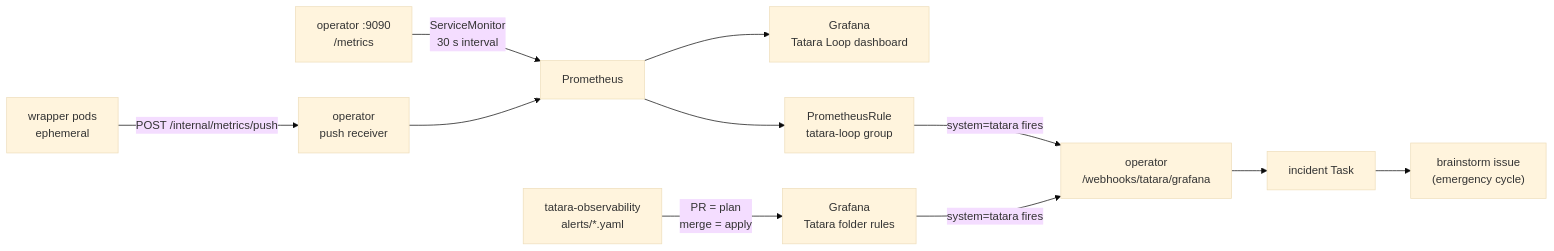
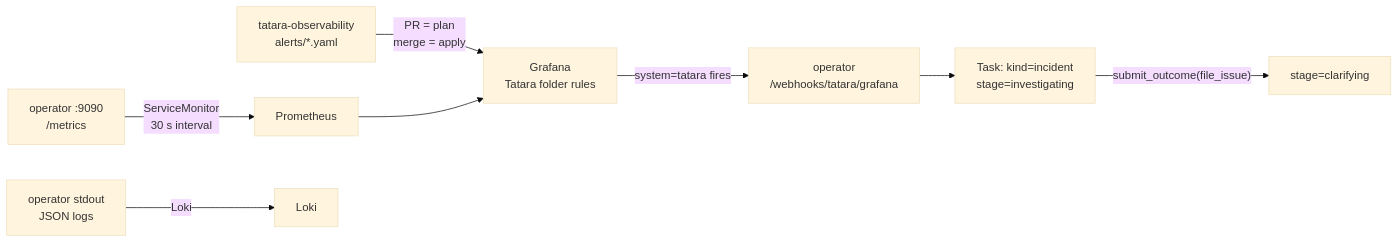
One commit to szymonrychu/tatara-documentation changed the diagram in docs/operations/observability.md. Above: the diagram before and after it, drawn with Mermaid (base theme). The commit also changed other lines of this file and 63 other files, not shown here.

First line of the commit message:
feat!: document the task-centric architecture (Issue/MergeRequest CRs, stage machine, operator merge) (#19)

````diff
--- a/docs/operations/observability.md
+++ b/docs/operations/observability.md
@@ -15,13 +36,10 @@
 ```mermaid
 graph LR
     A["operator :9090\n/metrics"] -->|"ServiceMonitor\n30 s interval"| P[Prometheus]
-    W["wrapper pods\nephemeral"] -->|"POST /internal/metrics/push"| PR["operator\npush receiver"]
-    PR --> P
-    P --> D["Grafana\nTatara Loop dashboard"]
-    P --> R["PrometheusRule\ntatara-loop group"]
     OA["tatara-observability\nalerts/*.yaml"] -->|"PR = plan\nmerge = apply"| GA["Grafana\nTatara folder rules"]
-    R -->|"system=tatara fires"| WH["operator\n/webhooks/tatara/grafana"]
-    GA -->|"system=tatara fires"| WH
-    WH --> IT["incident Task"]
-    IT --> IB["brainstorm issue\n(emergency cycle)"]
+    P --> GA
+    GA -->|"system=tatara fires"| WH["operator\n/webhooks/tatara/grafana"]
+    WH --> IT["Task: kind=incident\nstage=investigating"]
+    IT -->|"submit_outcome(file_issue)"| CL["stage=clarifying"]
+    O2["operator stdout\nJSON logs"] -->|"Loki"| L[Loki]
 ```
````
